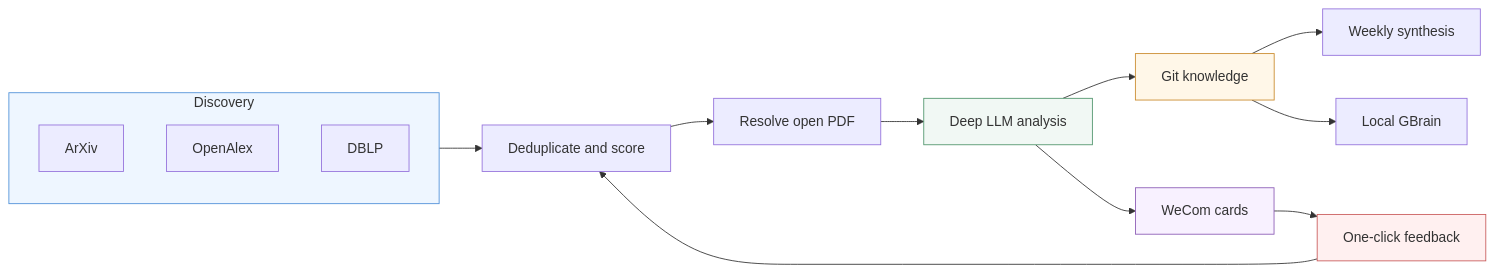
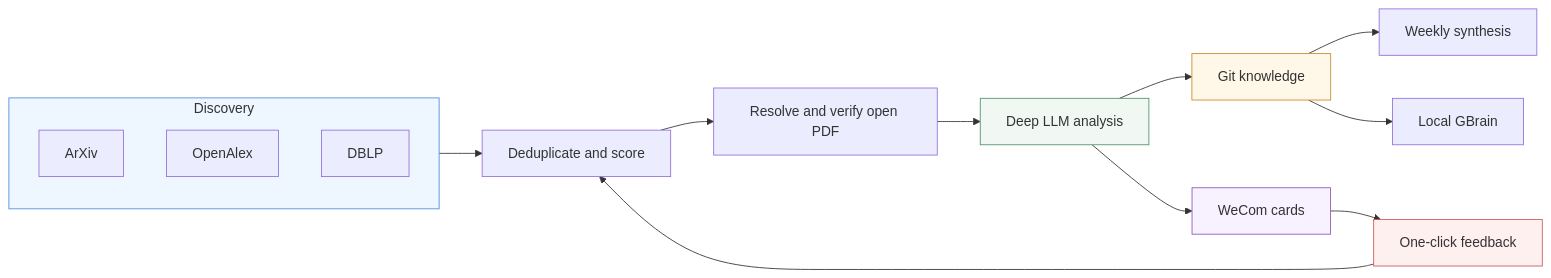
The diagram in README.md (peipeijiang/ai-research-radar-skill), drawn with Mermaid before and after one commit. The commit also changed other lines of this file and 9 other files, not shown here.

````diff
--- a/README.md
+++ b/README.md
@@ -30,23 +30,23 @@
 ```mermaid
 flowchart LR
   subgraph Sources[Discovery]
     A[ArXiv]
     B[OpenAlex]
     C[DBLP]
   end
   Sources --> D[Deduplicate and score]
-  D --> E[Resolve open PDF]
+  D --> E[Resolve and verify open PDF]
   E --> F[Deep LLM analysis]
   F --> G[Git knowledge]
   F --> H[WeCom cards]
   G --> I[Weekly synthesis]
   G --> J[Local GBrain]
   H --> K[One-click feedback]
   K --> D
 
   style Sources fill:#eef6ff,stroke:#4d8fd8
   style F fill:#f1f8f4,stroke:#4f946b
   style G fill:#fff7e8,stroke:#ca8a2b
   style H fill:#f8f1ff,stroke:#8b5bb5
   style K fill:#fff0f0,stroke:#c95a5a
 ```
````
